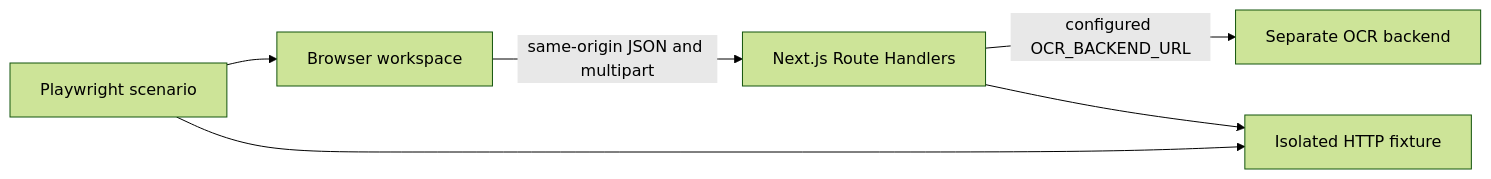
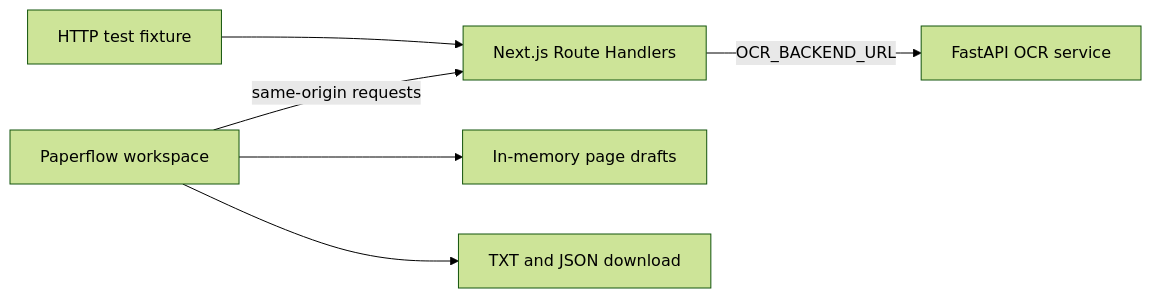
One commit to ADISAK-PORNCHAROEN/ocr-frontend changed the diagram in docs/ARCHITECTURE.md. Above: the diagram before and after it, drawn with Mermaid (forest theme). The commit also changed other lines of this file and 3 other files, not shown here.

````diff
--- a/docs/ARCHITECTURE.md
+++ b/docs/ARCHITECTURE.md
@@ -8,8 +9,8 @@
 ```mermaid
 flowchart LR
-  Browser[Browser workspace] -->|same-origin JSON and multipart| BFF[Next.js Route Handlers]
-  BFF -->|configured OCR_BACKEND_URL| Backend[Separate OCR backend]
-  Test[Playwright scenario] --> Browser
-  Test --> Fixture[Isolated HTTP fixture]
-  BFF --> Fixture
+  Browser[Paperflow workspace] -->|same-origin requests| BFF[Next.js Route Handlers]
+  BFF -->|OCR_BACKEND_URL| Backend[FastAPI OCR service]
+  Browser --> Drafts[In-memory page drafts]
+  Browser --> Files[TXT and JSON download]
+  Fixture[HTTP test fixture] --> BFF
 ```
````
